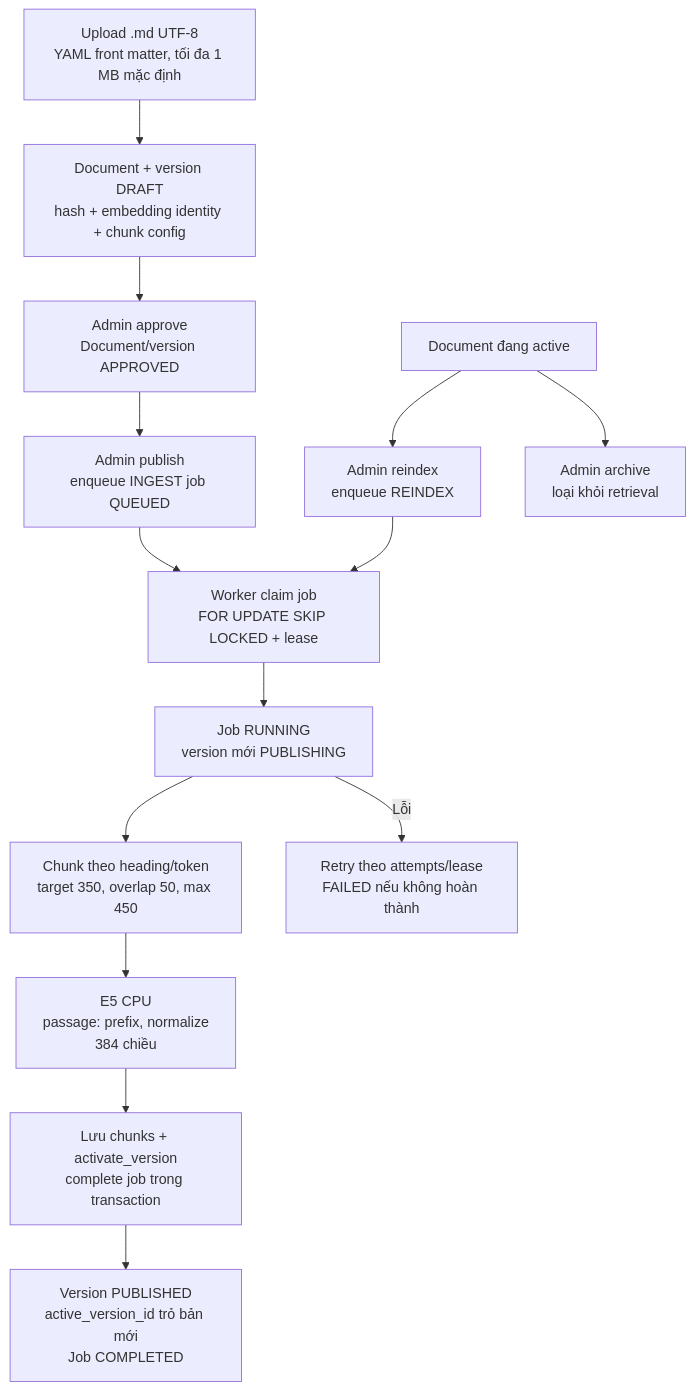
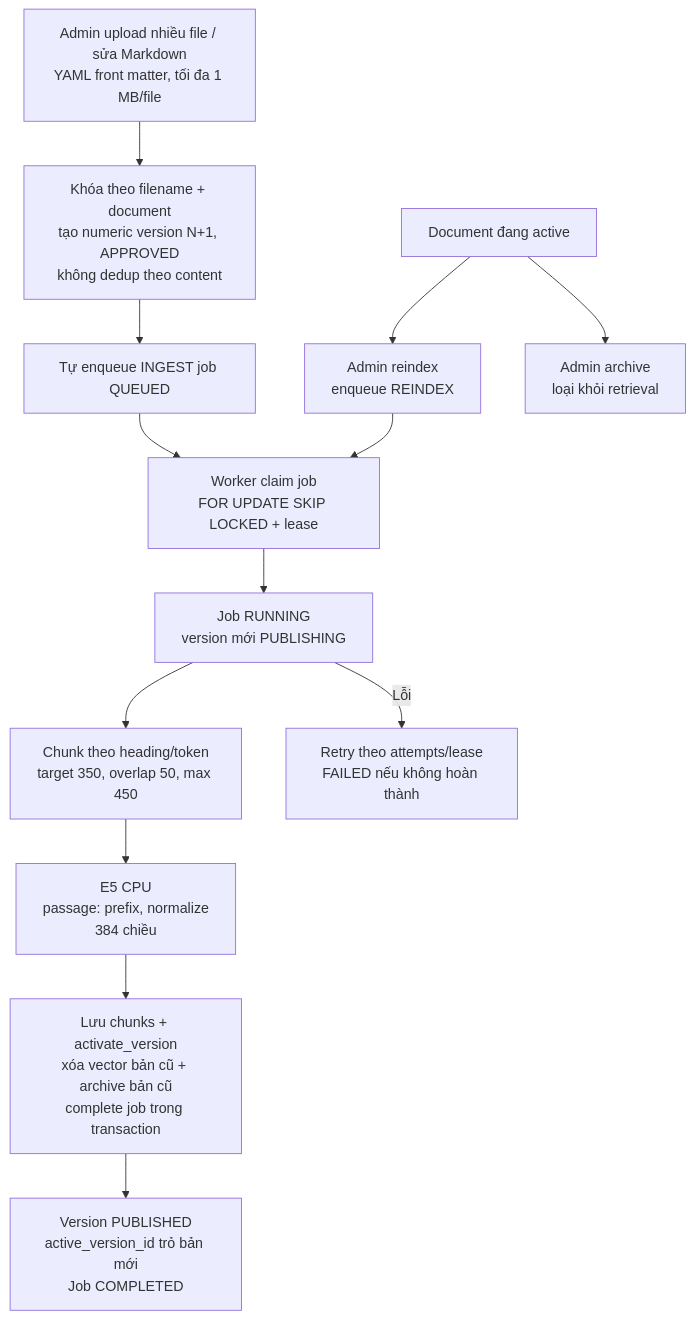
The fifth of 5 diagrams in SCHEMA-SYSTEM.md (homespace-platform/hs-ai-service), drawn with Mermaid before and after one commit. The commit also changed other lines of this file and 17 other files, not shown here.

Commit message:
feat: implement bulk document upload and version management in admin API, enhancing Markdown editing and ingestion workflow

````diff
--- a/SCHEMA-SYSTEM.md
+++ b/SCHEMA-SYSTEM.md
@@ -258,16 +259,15 @@
 ```mermaid
 flowchart TD
-    MD["Upload .md UTF-8<br/>YAML front matter, tối đa 1 MB mặc định"] --> Draft["Document + version DRAFT<br/>hash + embedding identity + chunk config"]
-    Draft --> Approve["Admin approve<br/>Document/version APPROVED"]
-    Approve --> Publish["Admin publish<br/>enqueue INGEST job QUEUED"]
+    MD["Admin upload nhiều file / sửa Markdown<br/>YAML front matter, tối đa 1 MB/file"] --> Version["Khóa theo filename + document<br/>tạo numeric version N+1, APPROVED<br/>không dedup theo content"]
+    Version --> Publish["Tự enqueue INGEST job QUEUED"]
     Publish --> Worker["Worker claim job<br/>FOR UPDATE SKIP LOCKED + lease"]
     Worker --> Running["Job RUNNING<br/>version mới PUBLISHING"]
     Running --> Chunk["Chunk theo heading/token<br/>target 350, overlap 50, max 450"]
     Chunk --> Emb["E5 CPU<br/>passage: prefix, normalize<br/>384 chiều"]
-    Emb --> Atomic["Lưu chunks + activate_version<br/>complete job trong transaction"]
+    Emb --> Atomic["Lưu chunks + activate_version<br/>xóa vector bản cũ + archive bản cũ<br/>complete job trong transaction"]
     Atomic --> Done["Version PUBLISHED<br/>active_version_id trỏ bản mới<br/>Job COMPLETED"]
     Running -->|"Lỗi"| Failed["Retry theo attempts/lease<br/>FAILED nếu không hoàn thành"]
     Active["Document đang active"] --> Reindex["Admin reindex<br/>enqueue REINDEX"]
     Reindex --> Worker
     Active --> Archive["Admin archive<br/>loại khỏi retrieval"]
 ```
````
